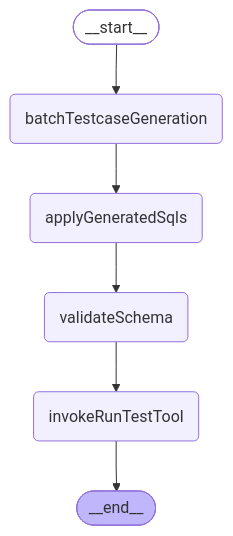
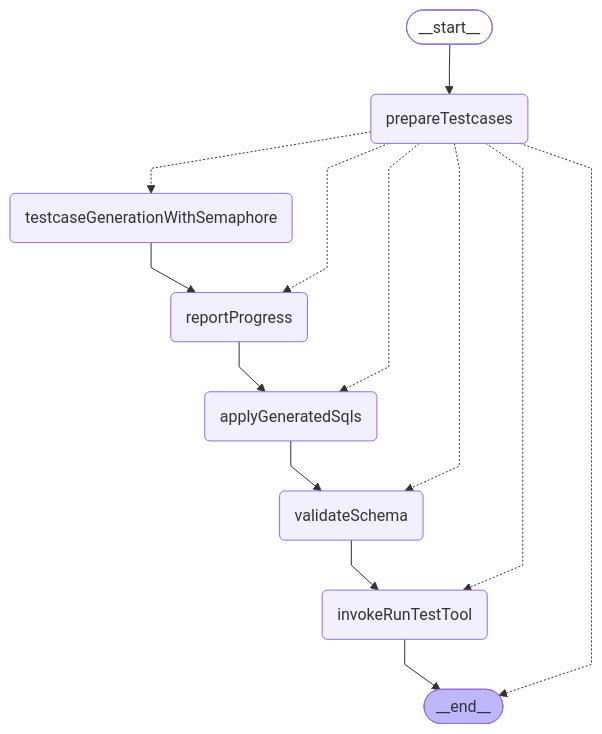
The fifth of 6 diagrams in frontend/internal-packages/agent/README.md (liam-hq/liam), drawn with Mermaid before and after one commit. The commit also changed other lines of this file and 13 other files, not shown here.

First line of the commit message:
refactor: implement progress tracking with Send API and semaphore-based concurrency

````diff
--- a/frontend/internal-packages/agent/README.md
+++ b/frontend/internal-packages/agent/README.md
@@ -233,18 +233,27 @@
 ```mermaid
 %%{init: {'flowchart': {'curve': 'linear'}}}%%
 graph TD;
 	__start__([<p>__start__</p>]):::first
-	batchTestcaseGeneration(batchTestcaseGeneration)
+	prepareTestcases(prepareTestcases)
+	testcaseGenerationWithSemaphore(testcaseGenerationWithSemaphore)
+	reportProgress(reportProgress)
 	applyGeneratedSqls(applyGeneratedSqls)
 	validateSchema(validateSchema)
 	invokeRunTestTool(invokeRunTestTool)
 	__end__([<p>__end__</p>]):::last
-	__start__ --> batchTestcaseGeneration;
+	__start__ --> prepareTestcases;
 	applyGeneratedSqls --> validateSchema;
-	batchTestcaseGeneration --> applyGeneratedSqls;
 	invokeRunTestTool --> __end__;
+	reportProgress --> applyGeneratedSqls;
+	testcaseGenerationWithSemaphore --> reportProgress;
 	validateSchema --> invokeRunTestTool;
+	prepareTestcases -.-> testcaseGenerationWithSemaphore;
+	prepareTestcases -.-> reportProgress;
+	prepareTestcases -.-> applyGeneratedSqls;
+	prepareTestcases -.-> validateSchema;
+	prepareTestcases -.-> invokeRunTestTool;
+	prepareTestcases -.-> __end__;
 	classDef default fill:#f2f0ff,line-height:1.2;
 	classDef first fill-opacity:0;
 	classDef last fill:#bfb6fc;
 ```
````
